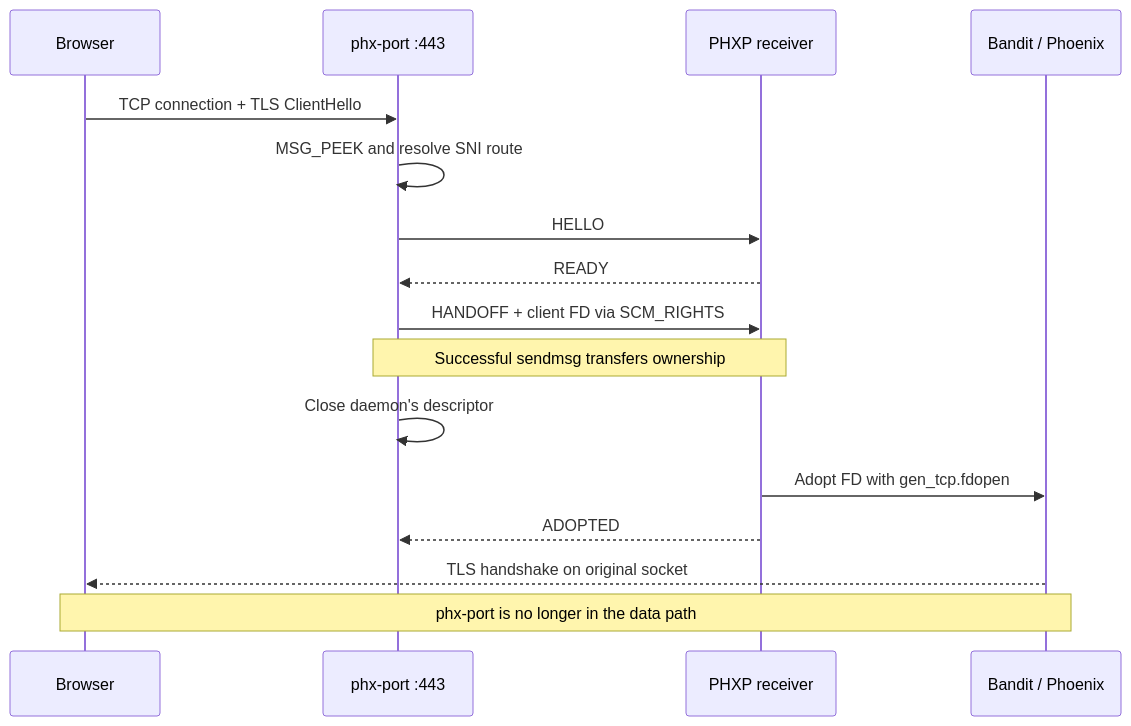
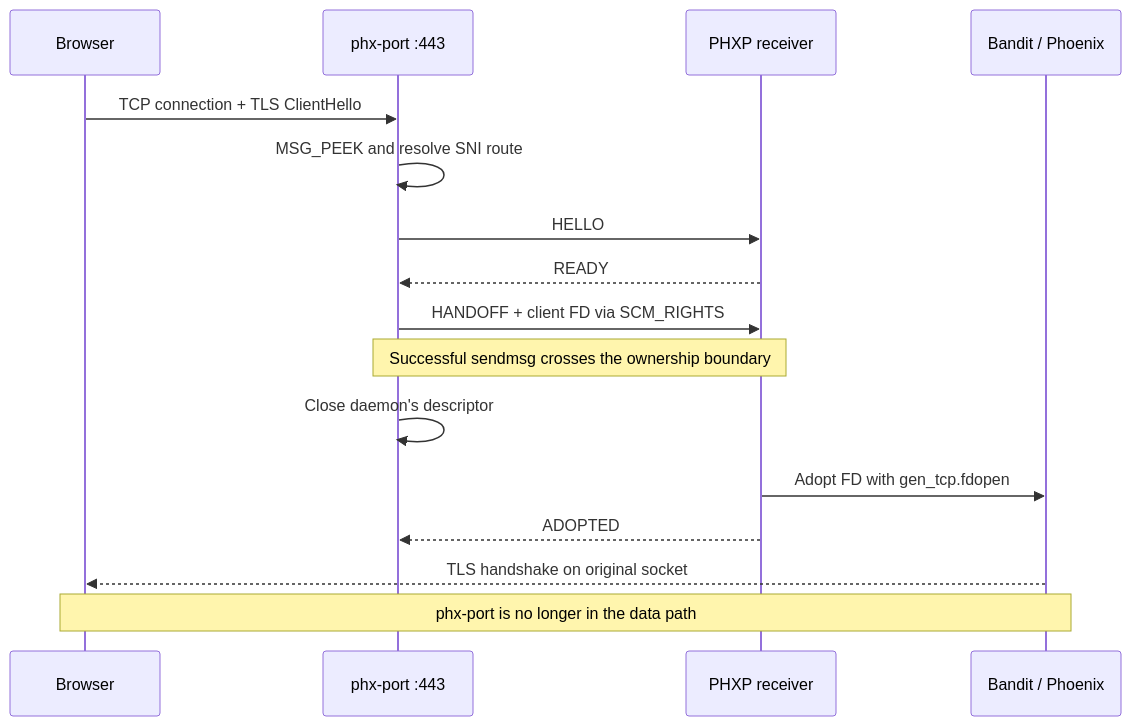
The second of 3 diagrams in docs/proxying-without-the-proxy.md (chgeuer/phx-port), drawn with Mermaid before and after one commit. The commit also changed other lines of this file and 5 other files, not shown here.

````diff
--- a/docs/proxying-without-the-proxy.md
+++ b/docs/proxying-without-the-proxy.md
@@ -188,19 +188,19 @@
 ```mermaid
 sequenceDiagram
     participant Browser
     participant Router as phx-port :443
     participant Receiver as PHXP receiver
     participant Phoenix as Bandit / Phoenix
 
     Browser->>Router: TCP connection + TLS ClientHello
     Router->>Router: MSG_PEEK and resolve SNI route
     Router->>Receiver: HELLO
     Receiver-->>Router: READY
     Router->>Receiver: HANDOFF + client FD via SCM_RIGHTS
-    Note over Router,Receiver: Successful sendmsg transfers ownership
+    Note over Router,Receiver: Successful sendmsg crosses the ownership boundary
     Router->>Router: Close daemon's descriptor
     Receiver->>Phoenix: Adopt FD with gen_tcp.fdopen
     Receiver-->>Router: ADOPTED
     Phoenix-->>Browser: TLS handshake on original socket
     Note over Browser,Phoenix: phx-port is no longer in the data path
 ```
````
